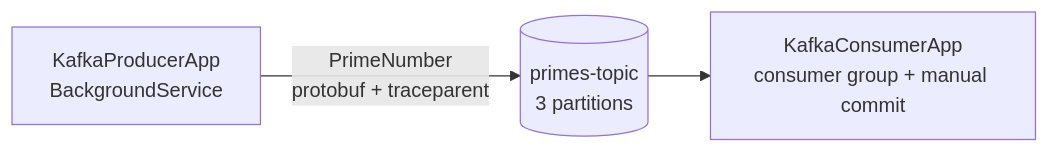
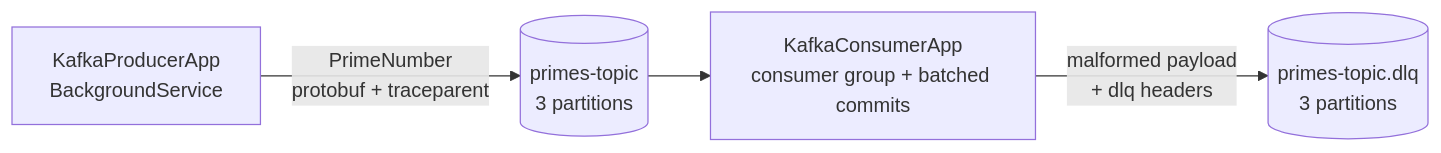
Before and after one commit to nicknad/Dotnet-Kafka-Setup: the diagram in README.md, drawn with Mermaid. The commit also changed other lines of this file and 27 other files, not shown here.

First line of the commit message:
Add dead-letter handling and batched commits, deduplicate shared setup

````diff
--- a/README.md
+++ b/README.md
@@ -32,5 +35,6 @@
 ```mermaid
 flowchart LR
     P[KafkaProducerApp<br/>BackgroundService] -->|PrimeNumber<br/>protobuf + traceparent| T[(primes-topic<br/>3 partitions)]
-    T --> C[KafkaConsumerApp<br/>consumer group + manual commit]
+    T --> C[KafkaConsumerApp<br/>consumer group + batched commits]
+    C -->|malformed payload<br/>+ dlq headers| DL[(primes-topic.dlq<br/>3 partitions)]
 ```
````
